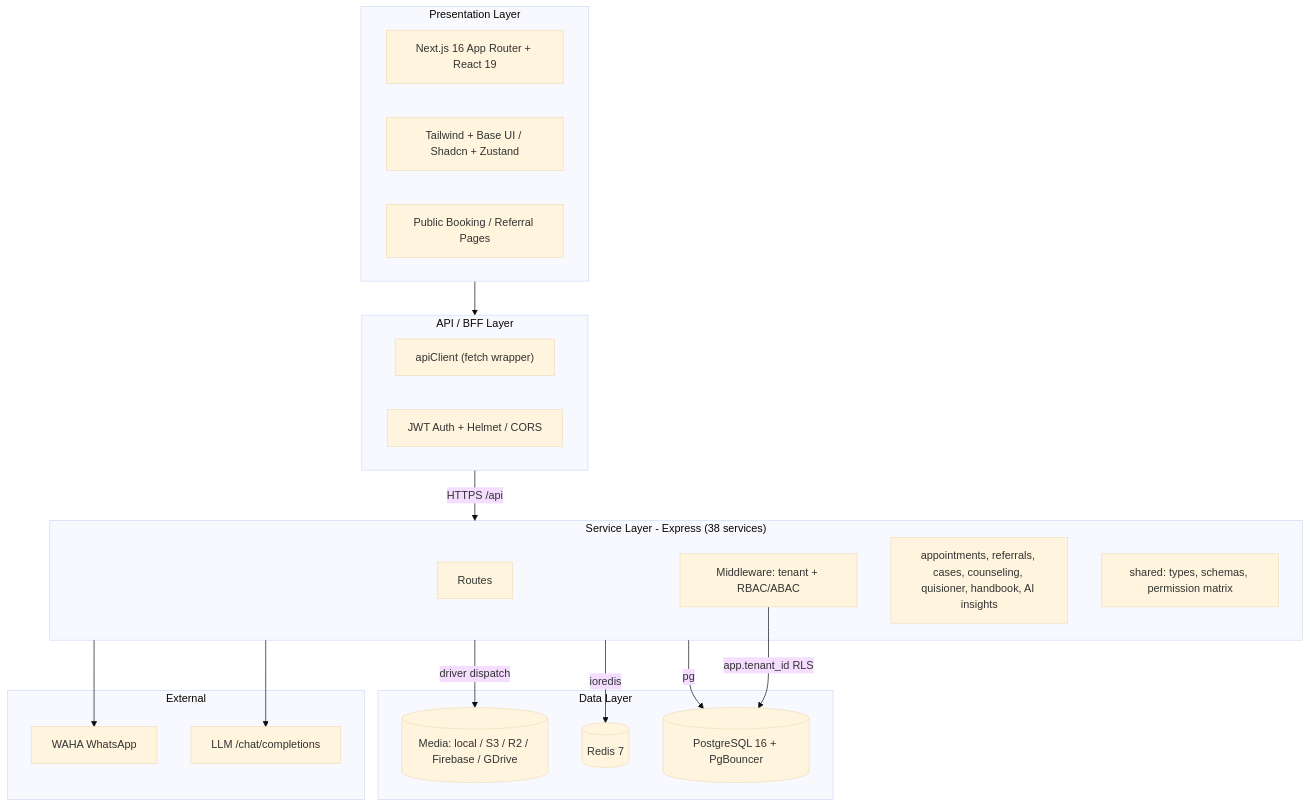
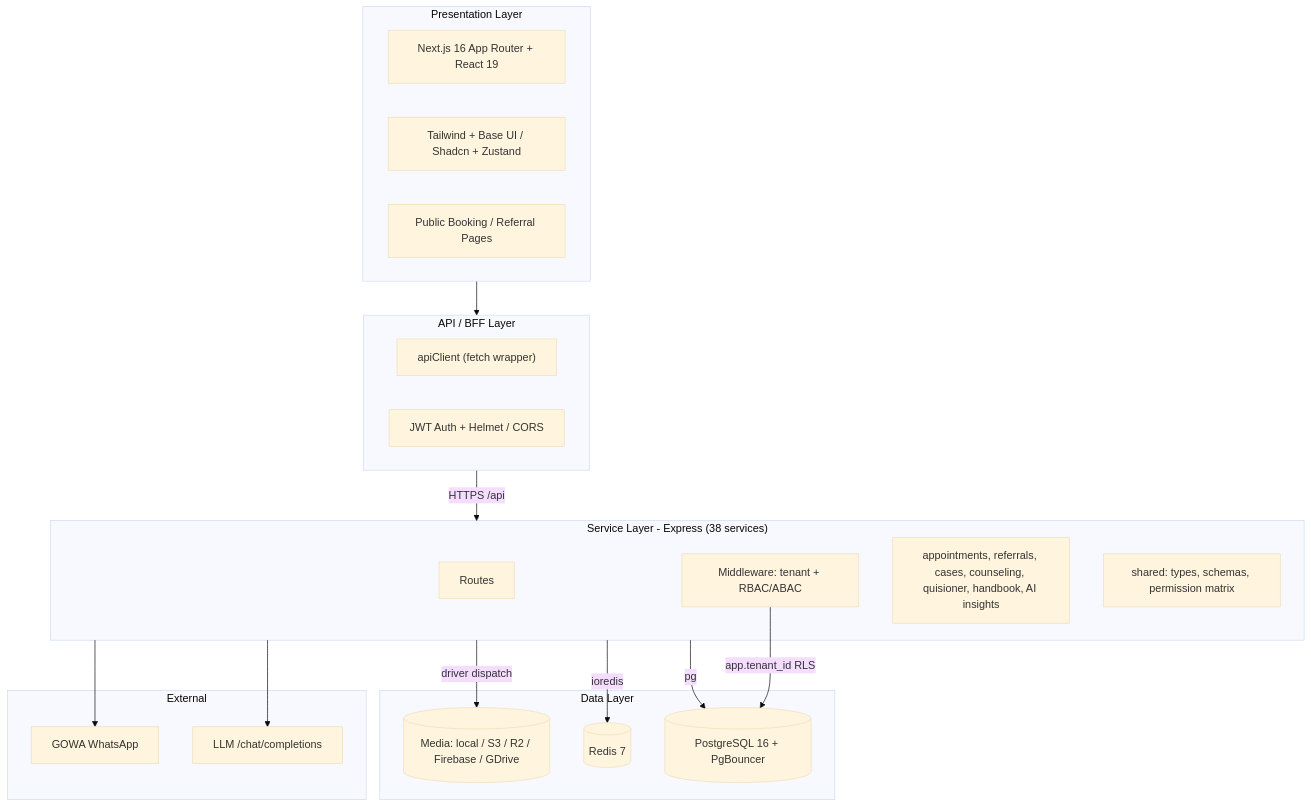
The seventh of 7 diagrams in README.md (dedebono/SWIMS-HBICS), drawn with Mermaid (base theme) before and after one commit. The commit also changed other lines of this file and 27 other files, not shown here.

Commit message:
feat(notifications): transport WA pindah ke GOWA pusat (ganti WAHA)

````diff
--- a/README.md
+++ b/README.md
@@ -354,35 +354,35 @@
 ```mermaid
 flowchart TB
   subgraph PL["Presentation Layer"]
     FE["Next.js 16 App Router + React 19"]
     UI["Tailwind + Base UI / Shadcn + Zustand"]
     PUB["Public Booking / Referral Pages"]
   end
   subgraph AL["API / BFF Layer"]
     AC["apiClient (fetch wrapper)"]
     AUTH["JWT Auth + Helmet / CORS"]
   end
   subgraph SL["Service Layer - Express (38 services)"]
     RT["Routes"]
     MW["Middleware: tenant + RBAC/ABAC"]
     SV["appointments, referrals, cases, counseling, quisioner, handbook, AI insights"]
     SH["shared: types, schemas, permission matrix"]
   end
   subgraph DL["Data Layer"]
     PG[("PostgreSQL 16 + PgBouncer")]
     RD[("Redis 7")]
     OBJ[("Media: local / S3 / R2 / Firebase / GDrive")]
   end
   subgraph EX["External"]
     AI["LLM /chat/completions"]
-    WA["WAHA WhatsApp"]
+    WA["GOWA WhatsApp"]
   end
 
   PL --> AL
   AL -->|"HTTPS /api"| SL
   SL -->|"pg"| PG
   SL -->|"ioredis"| RD
   SL -->|"driver dispatch"| OBJ
   SL --> AI & WA
   MW -->|"app.tenant_id RLS"| PG
 ```
````
